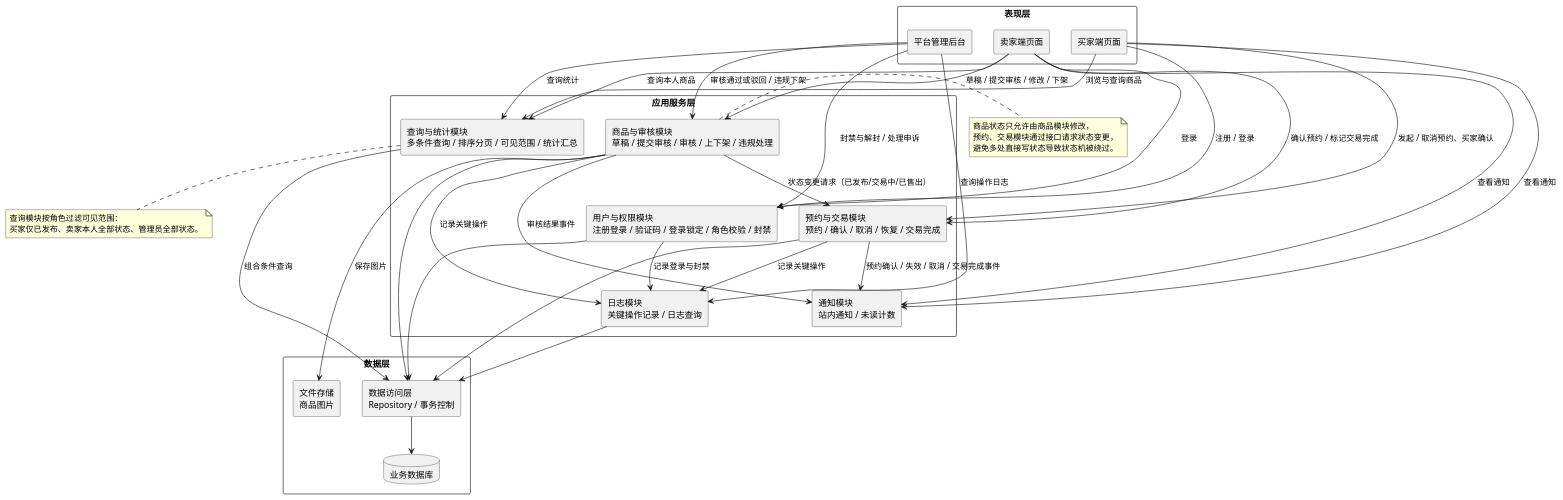
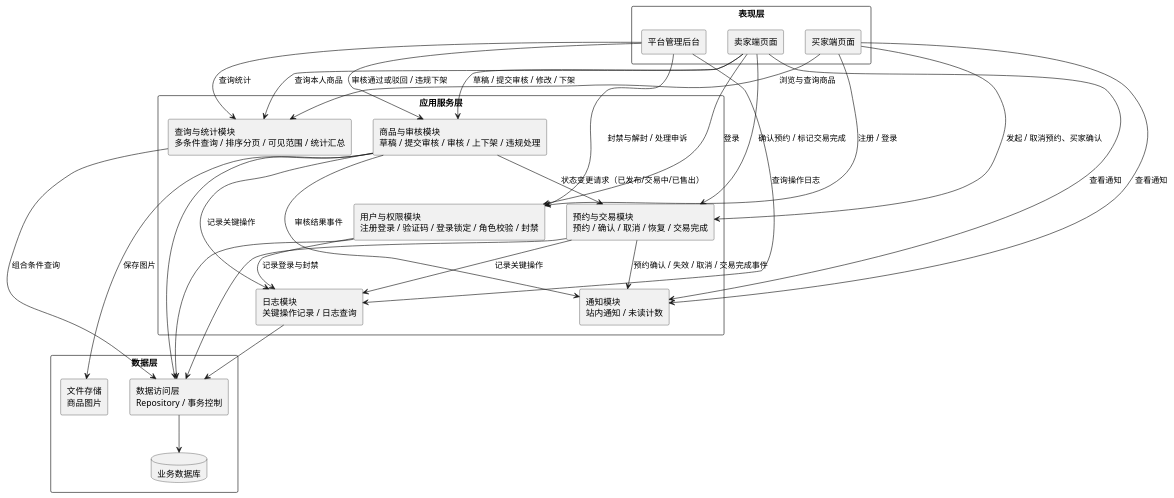
The diagram in UML/UML组件图.puml (zhley/SE_Lab), drawn with PlantUML before and after one commit. The commit also changed 4 other files, not shown here.

```diff
--- a/UML/UML组件图.puml
+++ b/UML/UML组件图.puml
@@ -1,68 +1,57 @@
 @startuml UML组件图
 skinparam defaultFontName "Microsoft YaHei"
 skinparam componentStyle rectangle
 skinparam packageStyle rectangle
 
 package "表现层" {
   component "买家端页面" as BuyerUI
   component "卖家端页面" as SellerUI
   component "平台管理后台" as AdminUI
 }
 
 package "应用服务层" {
   component "用户与权限模块\n注册登录 / 验证码 / 登录锁定 / 角色校验 / 封禁" as UserMod
   component "商品与审核模块\n草稿 / 提交审核 / 审核 / 上下架 / 违规处理" as ItemMod
   component "预约与交易模块\n预约 / 确认 / 取消 / 恢复 / 交易完成" as TradeMod
   component "查询与统计模块\n多条件查询 / 排序分页 / 可见范围 / 统计汇总" as QueryMod
   component "通知模块\n站内通知 / 未读计数" as NoticeMod
   component "日志模块\n关键操作记录 / 日志查询" as LogMod
 }
 
 package "数据层" {
   component "数据访问层\nRepository / 事务控制" as Repo
   component "文件存储\n商品图片" as FileStore
   database "业务数据库" as DB
 }
 
 BuyerUI --> UserMod : 注册 / 登录
 BuyerUI --> QueryMod : 浏览与查询商品
 BuyerUI --> TradeMod : 发起 / 取消预约、买家确认
 BuyerUI --> NoticeMod : 查看通知
 
 SellerUI --> UserMod : 登录
 SellerUI --> ItemMod : 草稿 / 提交审核 / 修改 / 下架
 SellerUI --> TradeMod : 确认预约 / 标记交易完成
 SellerUI --> QueryMod : 查询本人商品
 SellerUI --> NoticeMod : 查看通知
 
 AdminUI --> ItemMod : 审核通过或驳回 / 违规下架
 AdminUI --> UserMod : 封禁与解封 / 处理申诉
 AdminUI --> QueryMod : 查询统计
 AdminUI --> LogMod : 查询操作日志
 
 ItemMod --> TradeMod : 状态变更请求（已发布/交易中/已售出）
 ItemMod --> NoticeMod : 审核结果事件
 TradeMod --> NoticeMod : 预约确认 / 失效 / 取消 / 交易完成事件
 ItemMod --> LogMod : 记录关键操作
 TradeMod --> LogMod : 记录关键操作
 UserMod --> LogMod : 记录登录与封禁
 QueryMod --> Repo : 组合条件查询
 ItemMod --> Repo
 TradeMod --> Repo
 LogMod --> Repo
 UserMod --> Repo
 Repo --> DB
 ItemMod --> FileStore : 保存图片
 
-note right of ItemMod
-  商品状态只允许由商品模块修改，
-  预约、交易模块通过接口请求状态变更，
-  避免多处直接写状态导致状态机被绕过。
-end note
-
-note bottom of QueryMod
-  查询模块按角色过滤可见范围：
-  买家仅已发布、卖家本人全部状态、管理员全部状态。
-end note
-
 @enduml
```
